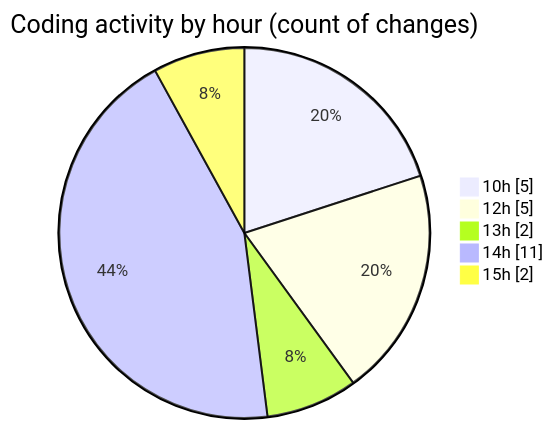
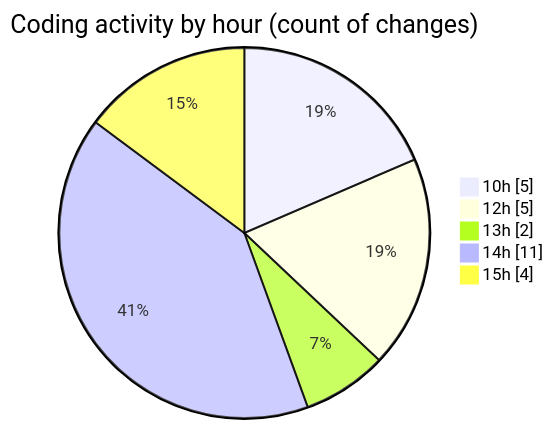
The second of 2 diagrams in 2025-07-07/urlwebwala_intership_work/README.md (Ritupan-Deka/code-tracking), drawn with Mermaid before and after one commit. The commit also changed other lines of this file and 1 other file, not shown here.

````diff
--- a/2025-07-07/urlwebwala_intership_work/README.md
+++ b/2025-07-07/urlwebwala_intership_work/README.md
@@ -30,9 +30,9 @@
 ```mermaid
 pie showData
 title Coding activity by hour (count of changes)
 "10h" : 5
 "12h" : 5
 "13h" : 2
 "14h" : 11
-"15h" : 2
+"15h" : 4
 ```
````
